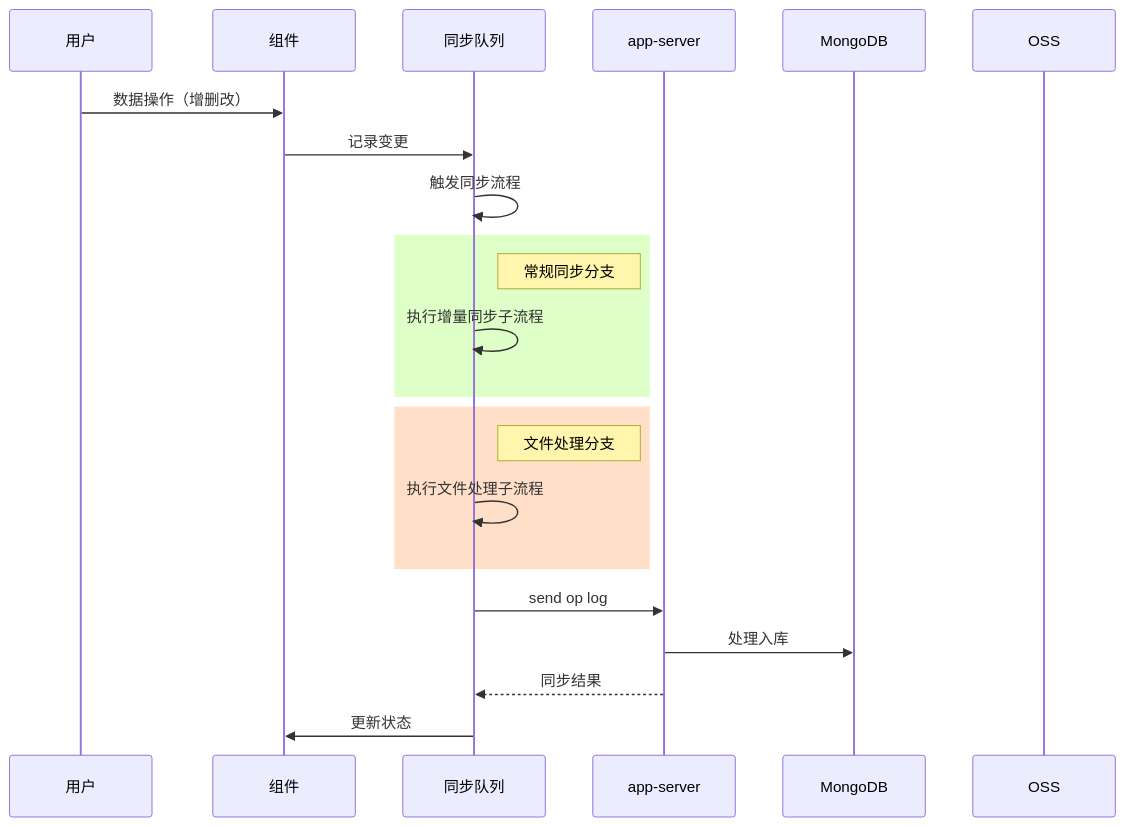
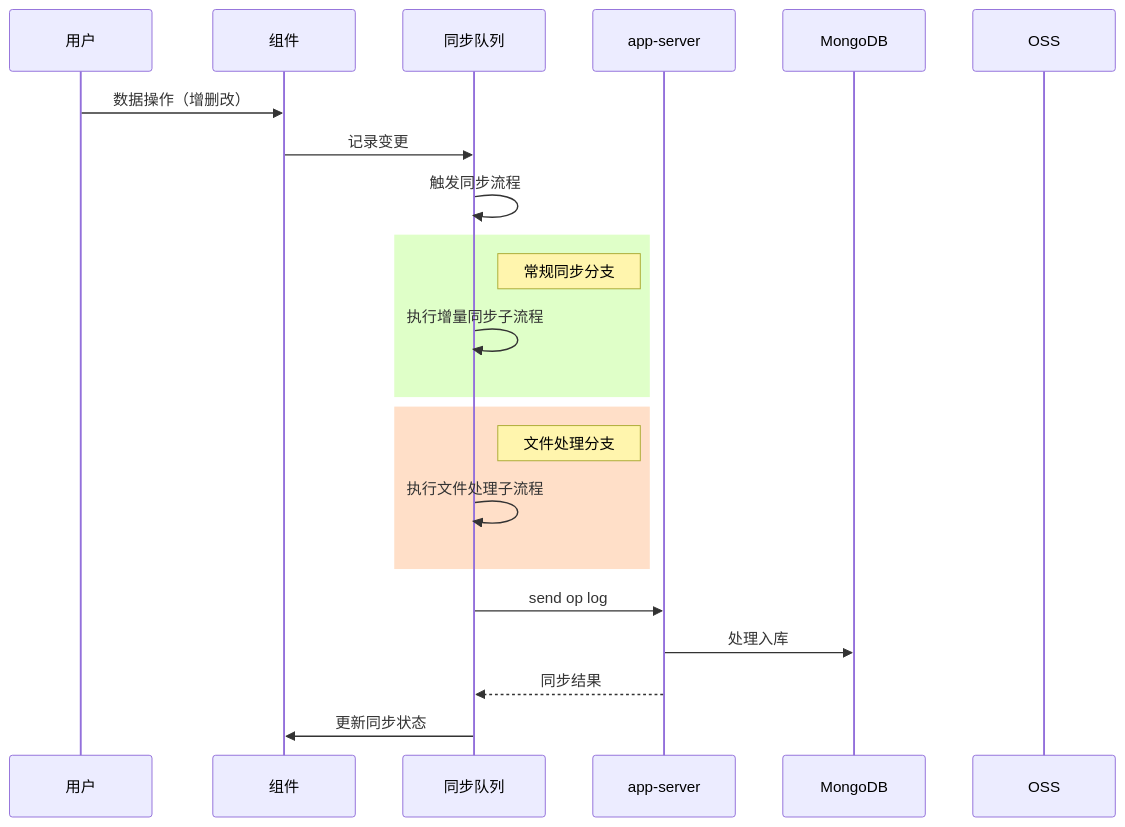
The diagram in all/未命名-24.md (yingjianzh/iodraw-files), drawn with Mermaid before and after one commit.

Commit message:
2025-02-24 16:23:14 update

````diff
--- a/all/未命名-24.md
+++ b/all/未命名-24.md
@@ -1,33 +1,33 @@
 ```mermaid
 
 sequenceDiagram
     participant 用户
     participant 组件
     participant 同步队列
     participant app-server
     participant MongoDB
     participant OSS
 
 
     用户->>组件: 数据操作（增删改）
     组件->>同步队列: 记录变更
     同步队列->>同步队列: 触发同步流程
 
 
     rect rgb(223,255,200)
     Note right of 同步队列: 常规同步分支
     同步队列->>同步队列: 执行增量同步子流程
     end
 
     rect rgb(255,223,200)
     Note right of 同步队列: 文件处理分支
     同步队列->>同步队列: 执行文件处理子流程
     end
     
     同步队列->>app-server: send op log
     app-server->>MongoDB: 处理入库
 
     app-server-->>同步队列: 同步结果
-    同步队列->>组件: 更新状态
+    同步队列->>组件: 更新同步状态
 
 ```
````
